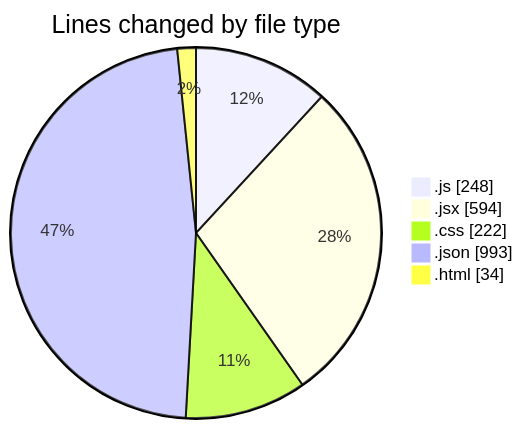
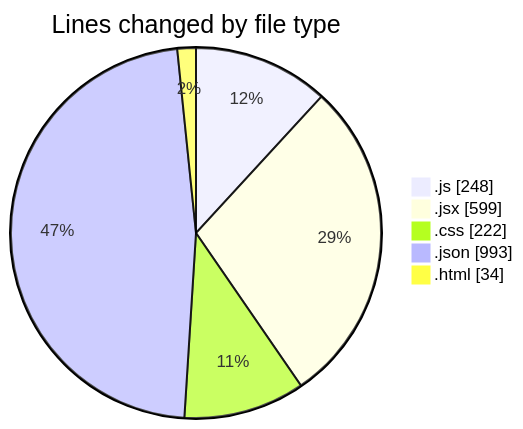
Before and after one commit to Ritupan-Deka/code-tracking: the first of 2 diagrams in 2025-07-01/urlwebwalatask/README.md, drawn with Mermaid. The commit also changed other lines of this file and 1 other file, not shown here.

````diff
--- a/2025-07-01/urlwebwalatask/README.md
+++ b/2025-07-01/urlwebwalatask/README.md
@@ -31,9 +31,9 @@
 ```mermaid
 pie showData
 title Lines changed by file type
 ".js" : 248
-".jsx" : 594
+".jsx" : 599
 ".css" : 222
 ".json" : 993
 ".html" : 34
 ```
````
